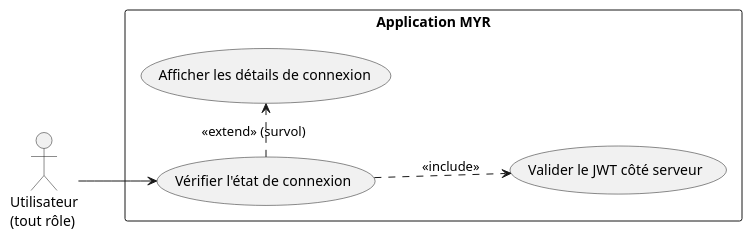
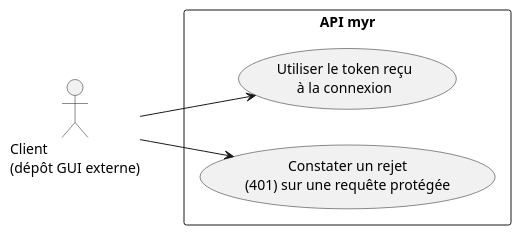
Before and after one commit to olivaux/myr: the first of 2 diagrams in specs/2-Analyse/UCA-Compte_et_Acces/UCA04.md, drawn with PlantUML. The commit also changed other lines of this file and 72 other files, not shown here.

````diff
--- a/specs/2-Analyse/UCA-Compte_et_Acces/UCA04.md
+++ b/specs/2-Analyse/UCA-Compte_et_Acces/UCA04.md
@@ -14,18 +14,16 @@
 ```plantuml
 @startuml
 left to right direction
 
-actor "Utilisateur\n(tout rôle)" as U
+actor "Client\n(dépôt GUI externe)" as U
 
-rectangle "Application MYR" {
-    usecase "Vérifier l'état de connexion" as UC1
-    usecase "Afficher les détails de connexion" as UC2
-    usecase "Valider le JWT côté serveur" as UC3
+rectangle "API myr" {
+    usecase "Utiliser le token reçu\nà la connexion" as UC1
+    usecase "Constater un rejet\n(401) sur une requête protégée" as UC2
 }
 
 U --> UC1
-UC1 .> UC2 : <<extend>> (survol)
-UC1 ..> UC3 : <<include>>
+U --> UC2
 
 @enduml
 ```
````
